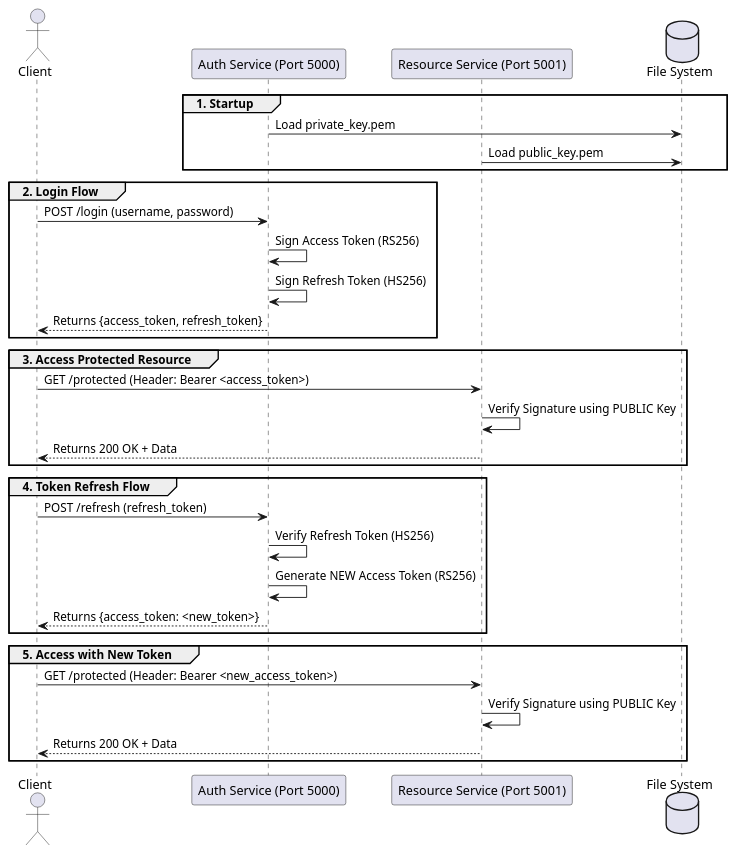
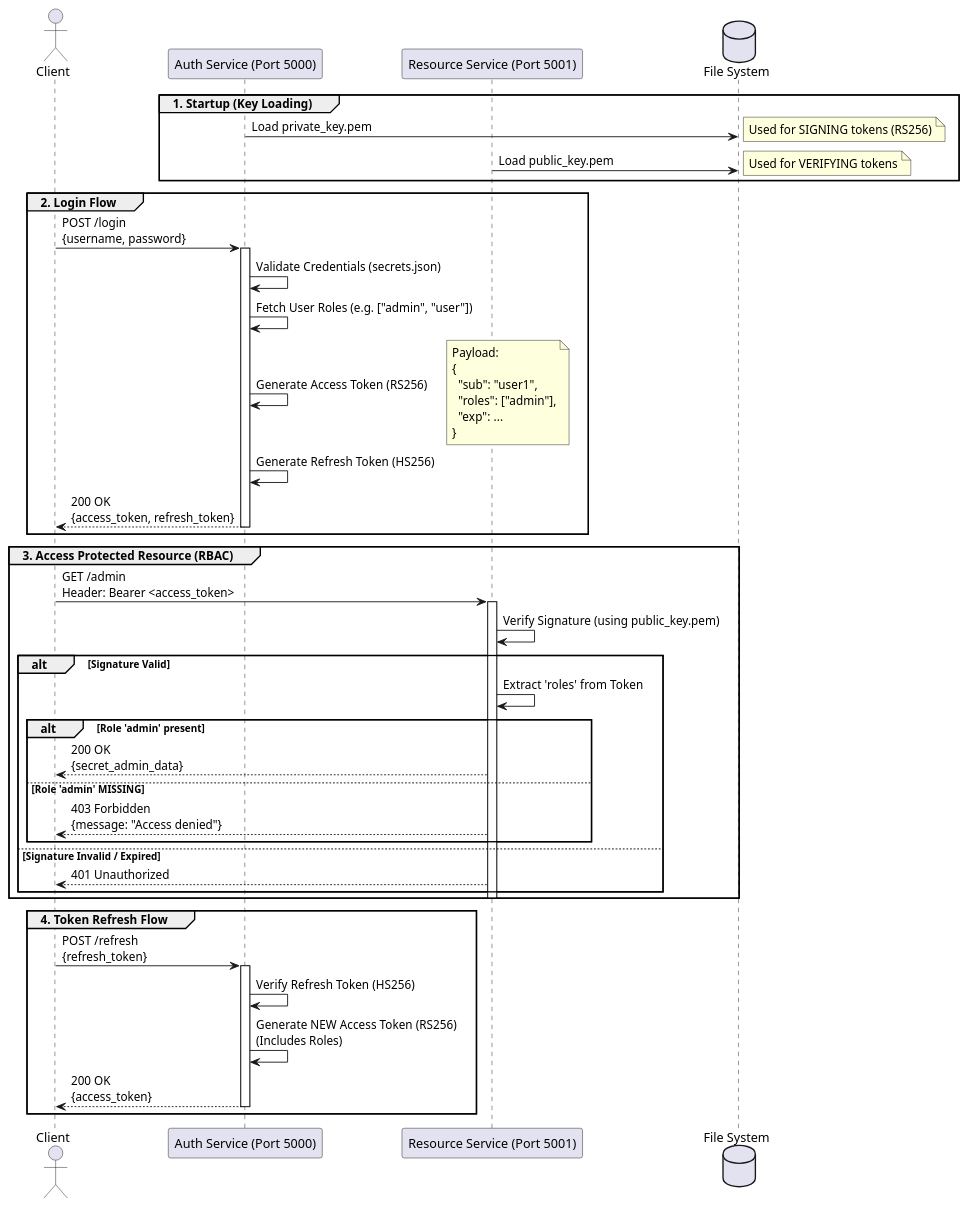
The diagram in flow.puml (psreekrishnan/jwt-auth-service), drawn with PlantUML before and after one commit. The commit also changed 7 other files, not shown here.

```diff
--- a/flow.puml
+++ b/flow.puml
@@ -1,37 +1,70 @@
 @startuml
+skinparam responseMessageBelowArrow true
+
 actor Client
 participant "Auth Service (Port 5000)" as AuthService
 participant "Resource Service (Port 5001)" as ResourceService
 database "File System" as FS
 
-group 1. Startup
+group 1. Startup (Key Loading)
     AuthService -> FS: Load private_key.pem
+    note right: Used for SIGNING tokens (RS256)
+    
     ResourceService -> FS: Load public_key.pem
+    note right: Used for VERIFYING tokens
 end
 
 group 2. Login Flow
-    Client -> AuthService: POST /login (username, password)
-    AuthService -> AuthService: Sign Access Token (RS256)
-    AuthService -> AuthService: Sign Refresh Token (HS256)
-    AuthService --> Client: Returns {access_token, refresh_token}
+    Client -> AuthService: POST /login\n{username, password}
+    
+    activate AuthService
+    AuthService -> AuthService: Validate Credentials (secrets.json)
+    AuthService -> AuthService: Fetch User Roles (e.g. ["admin", "user"])
+    
+    AuthService -> AuthService: Generate Access Token (RS256)
+    note right
+      Payload:
+      {
+        "sub": "user1",
+        "roles": ["admin"],
+        "exp": ...
+      }
+    end note
+    
+    AuthService -> AuthService: Generate Refresh Token (HS256)
+    
+    AuthService --> Client: 200 OK\n{access_token, refresh_token}
+    deactivate AuthService
 end
 
-group 3. Access Protected Resource
-    Client -> ResourceService: GET /protected (Header: Bearer <access_token>)
-    ResourceService -> ResourceService: Verify Signature using PUBLIC Key
-    ResourceService --> Client: Returns 200 OK + Data
+group 3. Access Protected Resource (RBAC)
+    Client -> ResourceService: GET /admin\nHeader: Bearer <access_token>
+    
+    activate ResourceService
+    ResourceService -> ResourceService: Verify Signature (using public_key.pem)
+    
+    alt Signature Valid
+        ResourceService -> ResourceService: Extract 'roles' from Token
+        
+        alt Role 'admin' present
+            ResourceService --> Client: 200 OK\n{secret_admin_data}
+        else Role 'admin' MISSING
+            ResourceService --> Client: 403 Forbidden\n{message: "Access denied"}
+        end
+        
+    else Signature Invalid / Expired
+        ResourceService --> Client: 401 Unauthorized
+    end
+    deactivate ResourceService
 end
 
 group 4. Token Refresh Flow
-    Client -> AuthService: POST /refresh (refresh_token)
+    Client -> AuthService: POST /refresh\n{refresh_token}
+    
+    activate AuthService
     AuthService -> AuthService: Verify Refresh Token (HS256)
-    AuthService -> AuthService: Generate NEW Access Token (RS256)
-    AuthService --> Client: Returns {access_token: <new_token>}
-end
-
-group 5. Access with New Token
-    Client -> ResourceService: GET /protected (Header: Bearer <new_access_token>)
-    ResourceService -> ResourceService: Verify Signature using PUBLIC Key
-    ResourceService --> Client: Returns 200 OK + Data
+    AuthService -> AuthService: Generate NEW Access Token (RS256)\n(Includes Roles)
+    AuthService --> Client: 200 OK\n{access_token}
+    deactivate AuthService
 end
 @enduml
```
